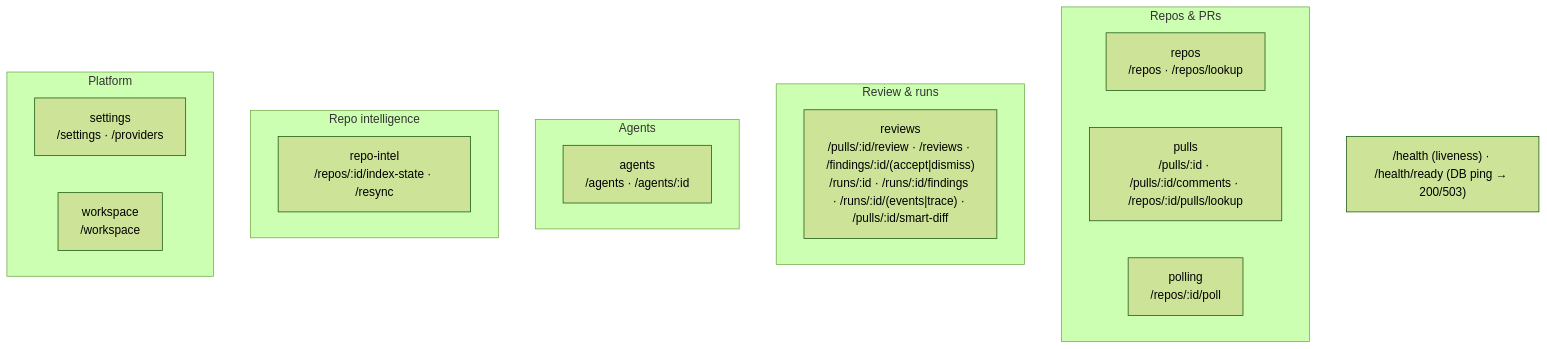
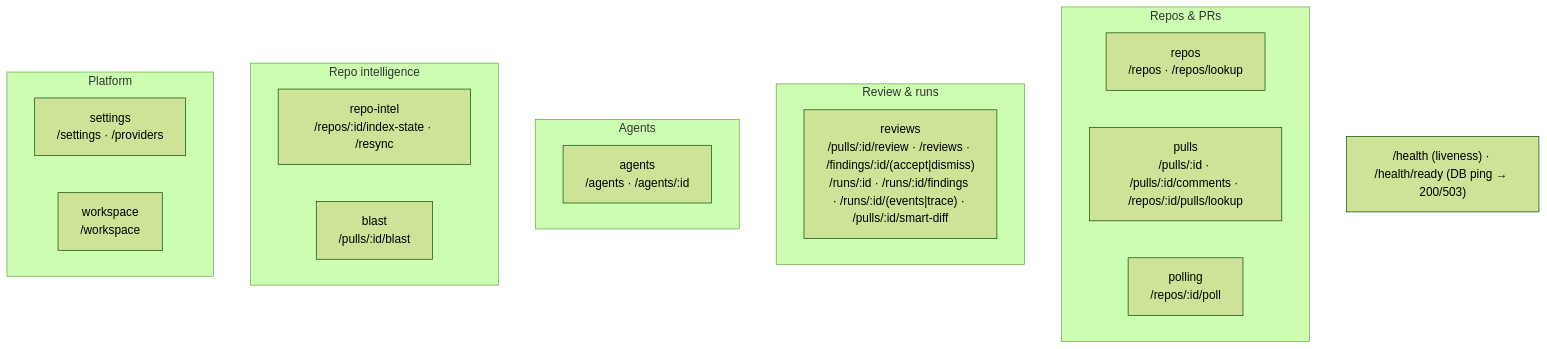
The second of 2 diagrams in server/README.md (asf-harlock/dev-digest), drawn with Mermaid (forest theme) before and after one commit. The commit also changed other lines of this file and 9 other files, not shown here.

First line of the commit message:
feat(blast): add GET /pulls/:id/blast impact-map route

````diff
--- a/server/README.md
+++ b/server/README.md
@@ -66,22 +66,23 @@
 ```mermaid
 flowchart TB
   subgraph Repos_PRs["Repos & PRs"]
     repos["repos<br/>/repos · /repos/lookup"]
     pulls["pulls<br/>/pulls/:id · /pulls/:id/comments · /repos/:id/pulls/lookup"]
     polling["polling<br/>/repos/:id/poll"]
   end
   subgraph Review["Review & runs"]
     reviews["reviews<br/>/pulls/:id/review · /reviews · /findings/:id/(accept|dismiss)<br/>/runs/:id · /runs/:id/findings · /runs/:id/(events|trace) · /pulls/:id/smart-diff"]
   end
   subgraph Agents["Agents"]
     agents["agents<br/>/agents · /agents/:id"]
   end
   subgraph Intel["Repo intelligence"]
     repoIntel["repo-intel<br/>/repos/:id/index-state · /resync"]
+    blast["blast<br/>/pulls/:id/blast"]
   end
   subgraph Platform["Platform"]
     settings["settings<br/>/settings · /providers"]
     workspace["workspace<br/>/workspace"]
   end
   HEALTH["/health (liveness) · /health/ready (DB ping → 200/503)"]
 ```
````
